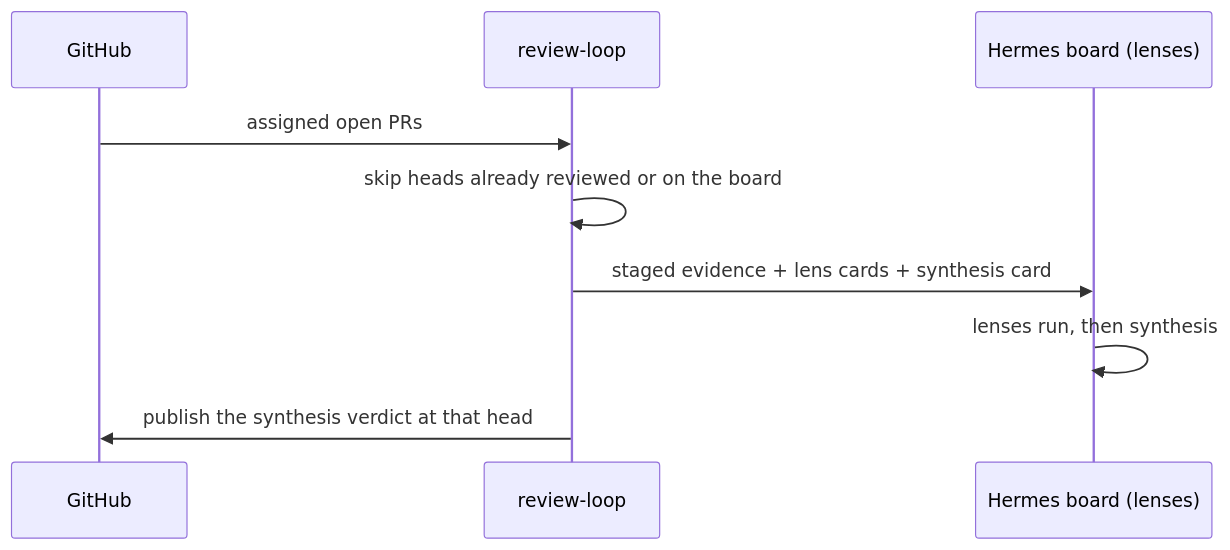
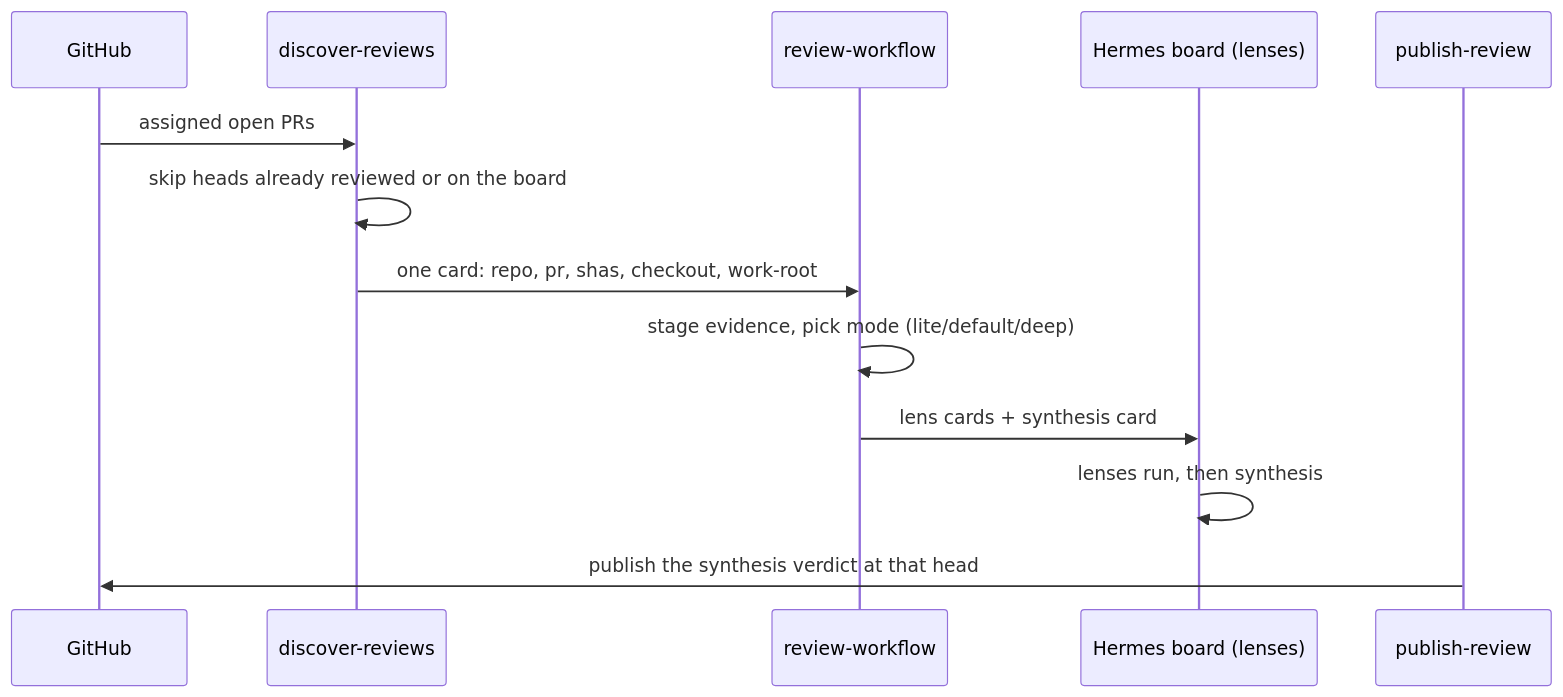
One commit to Zhachory1/ralph changed the second of 3 diagrams in docs/workflows.md. Above: the diagram before and after it, drawn with Mermaid. The commit also changed other lines of this file and 14 other files, not shown here.

````diff
--- a/docs/workflows.md
+++ b/docs/workflows.md
@@ -51,11 +51,15 @@
 ```mermaid
 sequenceDiagram
     participant G as GitHub
-    participant L as review-loop
+    participant DR as discover-reviews
+    participant RW as review-workflow
     participant H as Hermes board (lenses)
-    G->>L: assigned open PRs
-    L->>L: skip heads already reviewed or on the board
-    L->>H: staged evidence + lens cards + synthesis card
+    participant PR as publish-review
+    G->>DR: assigned open PRs
+    DR->>DR: skip heads already reviewed or on the board
+    DR->>RW: one card: repo, pr, shas, checkout, work-root
+    RW->>RW: stage evidence, pick mode (lite/default/deep)
+    RW->>H: lens cards + synthesis card
     H->>H: lenses run, then synthesis
-    L->>G: publish the synthesis verdict at that head
+    PR->>G: publish the synthesis verdict at that head
 ```
````
